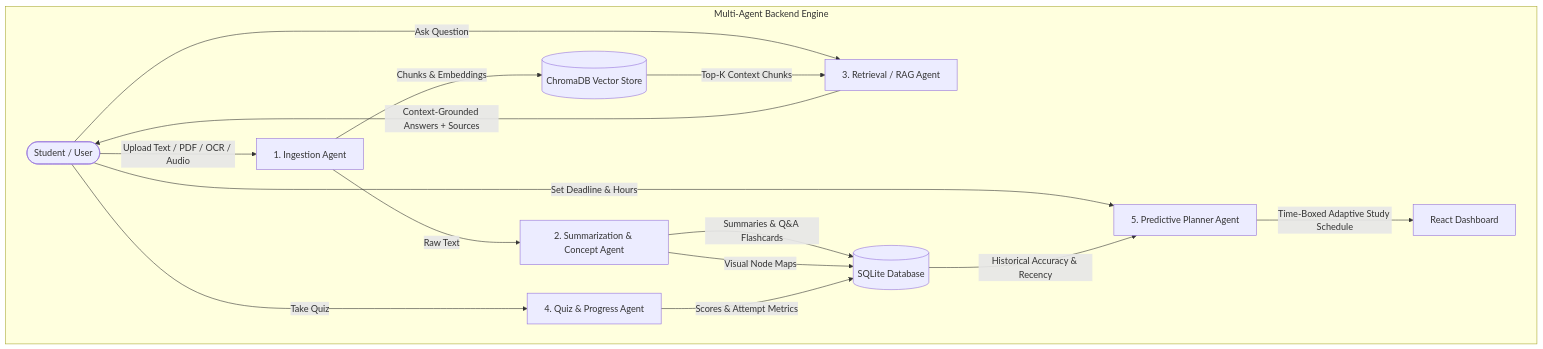
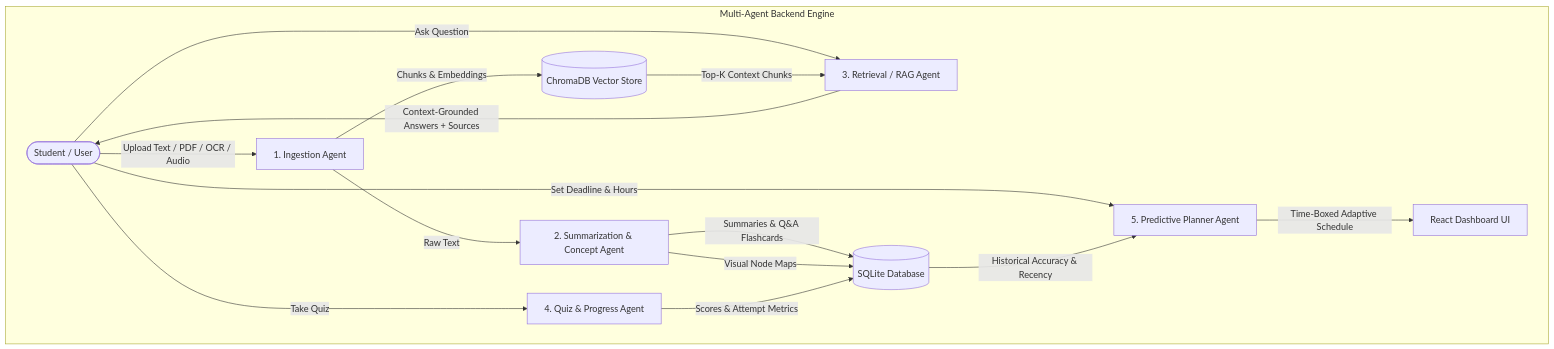
Before and after one commit to yasvanthji18-tech/GURU: the diagram in README.md, drawn with Mermaid. The commit also changed other lines of this file, not shown here.

Commit message:
Docs: update README with detailed badges, architecture, and quick start guide

````diff
--- a/README.md
+++ b/README.md
@@ -9,22 +42,22 @@
 ```mermaid
 graph TD
     User([Student / User]) -->|Upload Text / PDF / OCR / Audio| A[1. Ingestion Agent]
     User -->|Ask Question| C[3. Retrieval / RAG Agent]
     User -->|Take Quiz| D[4. Quiz & Progress Agent]
     User -->|Set Deadline & Hours| E[5. Predictive Planner Agent]
 
     subgraph Multi-Agent Backend Engine
         A -->|Chunks & Embeddings| VS[(ChromaDB Vector Store)]
         A -->|Raw Text| B[2. Summarization & Concept Agent]
         
         B -->|Summaries & Q&A Flashcards| DB[(SQLite Database)]
         B -->|Visual Node Maps| DB
 
         VS -->|Top-K Context Chunks| C
         C -->|Context-Grounded Answers + Sources| User
 
         D -->|Scores & Attempt Metrics| DB
         DB -->|Historical Accuracy & Recency| E
-        E -->|Time-Boxed Adaptive Study Schedule| Dashboard[React Dashboard]
+        E -->|Time-Boxed Adaptive Schedule| Dashboard[React Dashboard UI]
     end
 ```
````
